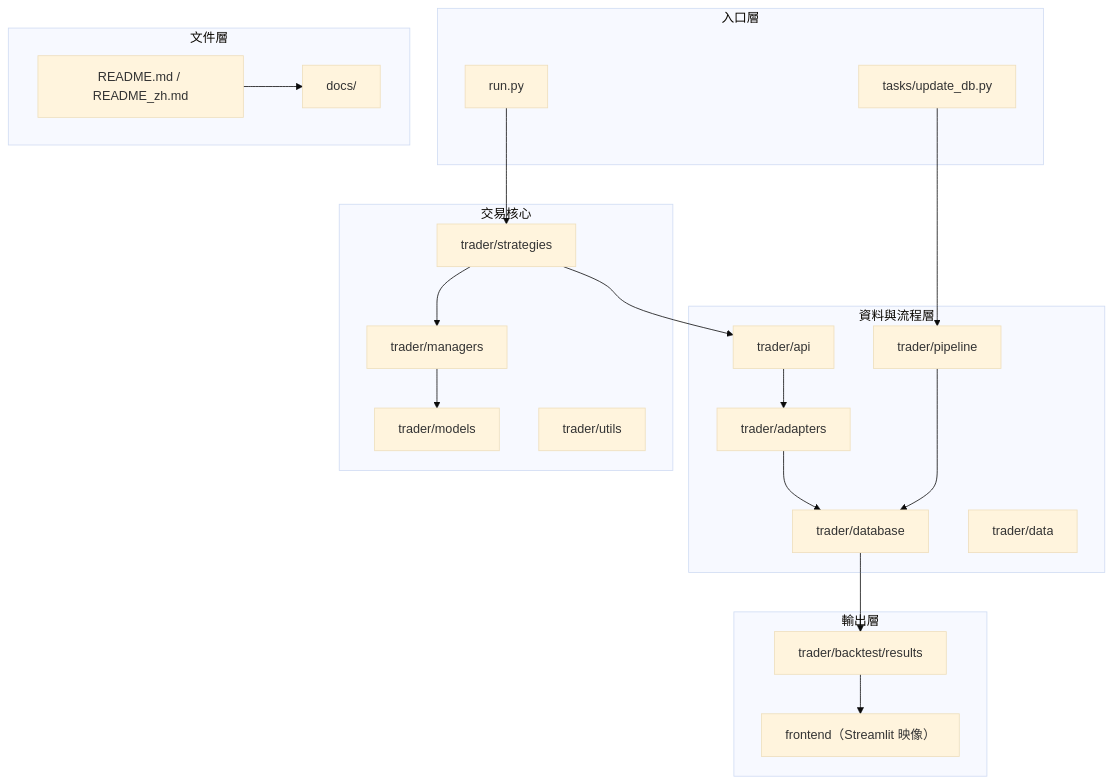
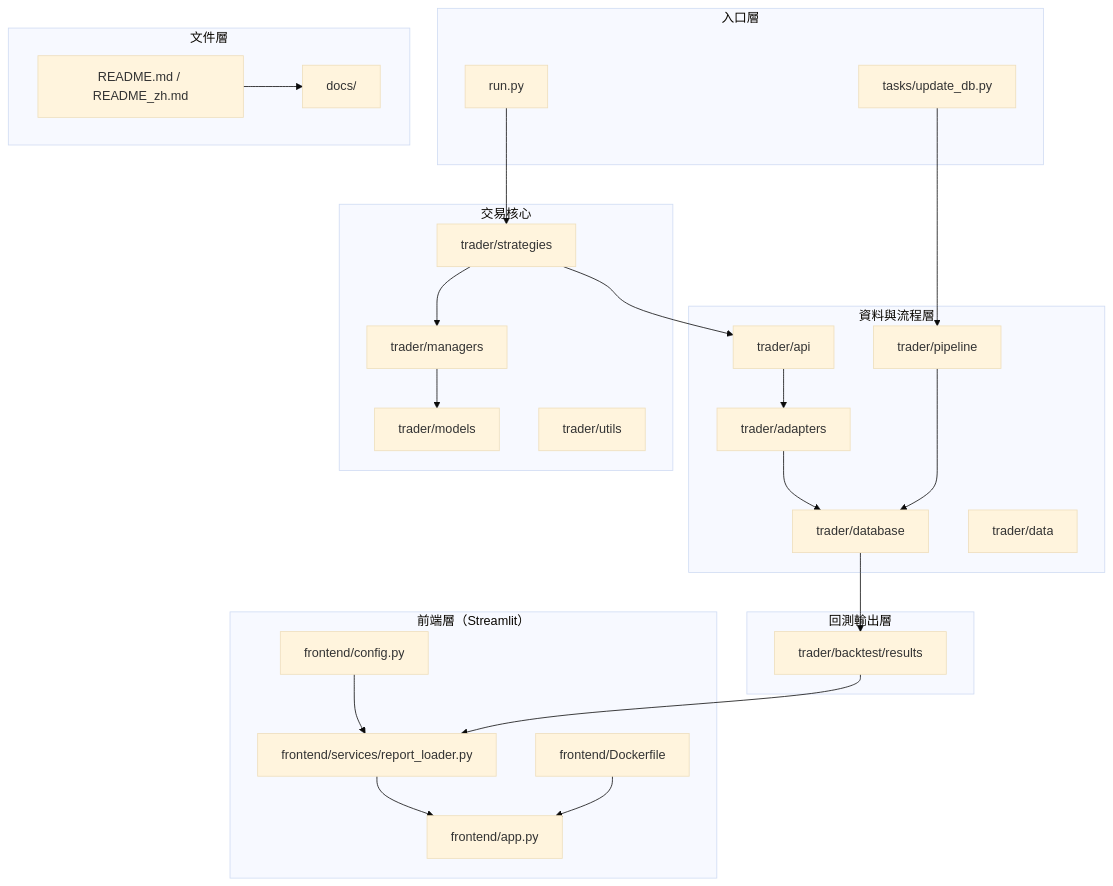
Before and after one commit to kuo220/AlphaEdge: the diagram in README_zh.md, drawn with Mermaid (base theme). The commit also changed 3 other files, not shown here.

First line of the commit message:
docs: replace architecture review with PostgreSQL migration plan

````diff
--- a/README_zh.md
+++ b/README_zh.md
@@ -9,44 +9,53 @@
 ```mermaid
 graph TB
     subgraph entry ["入口層"]
         RunPy["run.py"]
         Tasks["tasks/update_db.py"]
     end
 
     subgraph trading_core ["交易核心"]
         Strategies["trader/strategies"]
         Managers["trader/managers"]
         Models["trader/models"]
         Utils["trader/utils"]
     end
 
     subgraph data_layer ["資料與流程層"]
         API["trader/api"]
         Adapters["trader/adapters"]
         Pipeline["trader/pipeline"]
         DB["trader/database"]
         Data["trader/data"]
     end
 
-    subgraph output_layer ["輸出層"]
+    subgraph output_layer ["回測輸出層"]
         Backtest["trader/backtest/results"]
-        Frontend["frontend（Streamlit 映像）"]
+    end
+
+    subgraph frontend_layer ["前端層（Streamlit）"]
+        FrontendApp["frontend/app.py"]
+        FrontendService["frontend/services/report_loader.py"]
+        FrontendConfig["frontend/config.py"]
+        FrontendDocker["frontend/Dockerfile"]
     end
 
     subgraph docs_layer ["文件層"]
         Readme["README.md / README_zh.md"]
         Docs["docs/"]
     end
 
     RunPy --> Strategies
     Tasks --> Pipeline
     Strategies --> Managers
     Managers --> Models
     Strategies --> API
     API --> Adapters
     Adapters --> DB
     Pipeline --> DB
     DB --> Backtest
-    Backtest --> Frontend
+    Backtest --> FrontendService
+    FrontendConfig --> FrontendService
+    FrontendService --> FrontendApp
+    FrontendDocker --> FrontendApp
     Readme --> Docs
 ```
````
